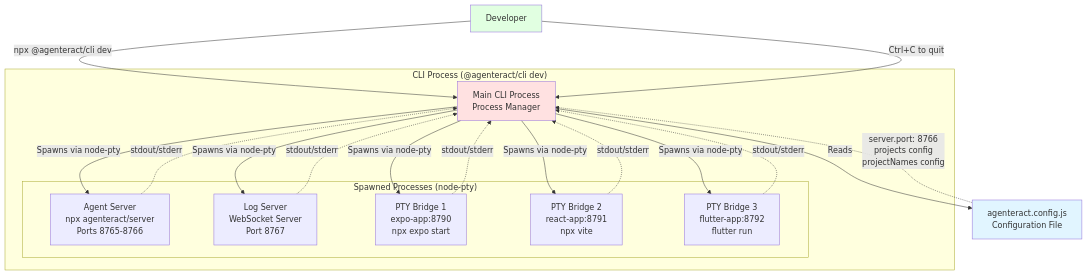
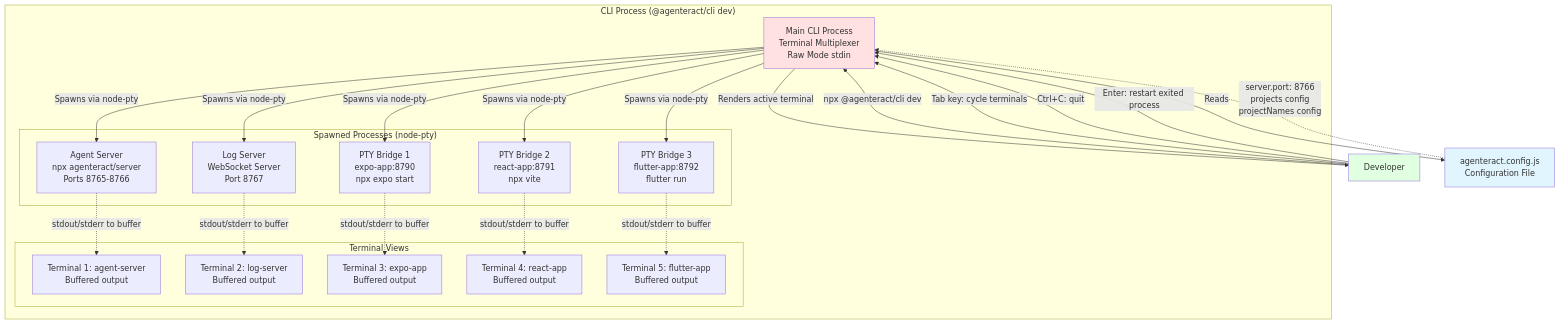
The fifth of 8 diagrams in docs/ARCHITECTURE.md (agenteract/agenteract), drawn with Mermaid before and after one commit. The commit also changed other lines of this file, not shown here.

Commit message:
docs: restore terminal multiplexer documentation with accurate implementation details
- Restore terminal multiplexer/tabbed interface documentation
- Clarify it's a custom implementation using raw mode stdin and ANSI escape codes
- Not using blessed library, but implements multiplexing functionality
- Document Tab key navigation, buffer management, and process restart features
- Add Terminal Views subgraph to CLI diagram
- Document keyboard controls: Tab (cycle), Ctrl+C (quit), Enter (restart)
- Restore Multiplexer Pattern in architectural patterns section

````diff
--- a/docs/ARCHITECTURE.md
+++ b/docs/ARCHITECTURE.md
@@ -354,40 +354,52 @@
 ```mermaid
 graph TB
     subgraph "CLI Process (@agenteract/cli dev)"
-        MAIN[Main CLI Process<br/>Process Manager]
+        MAIN[Main CLI Process<br/>Terminal Multiplexer<br/>Raw Mode stdin]
 
         subgraph "Spawned Processes (node-pty)"
             SERVER["Agent Server<br/>npx agenteract/server<br/>Ports 8765-8766"]
             LOG["Log Server<br/>WebSocket Server<br/>Port 8767"]
             PTY1[PTY Bridge 1<br/>expo-app:8790<br/>npx expo start]
             PTY2[PTY Bridge 2<br/>react-app:8791<br/>npx vite]
             PTY3[PTY Bridge 3<br/>flutter-app:8792<br/>flutter run]
+        end
+
+        subgraph "Terminal Views"
+            TAB1[Terminal 1: agent-server<br/>Buffered output]
+            TAB2[Terminal 2: log-server<br/>Buffered output]
+            TAB3[Terminal 3: expo-app<br/>Buffered output]
+            TAB4[Terminal 4: react-app<br/>Buffered output]
+            TAB5[Terminal 5: flutter-app<br/>Buffered output]
         end
     end
 
     USER[Developer]
     CONFIG[agenteract.config.js<br/>Configuration File]
 
     USER -->|npx @agenteract/cli dev| MAIN
     MAIN -->|Reads| CONFIG
 
     CONFIG -.->|server.port: 8766<br/>projects config<br/>projectNames config| MAIN
 
     MAIN -->|Spawns via node-pty| SERVER
     MAIN -->|Spawns via node-pty| LOG
     MAIN -->|Spawns via node-pty| PTY1
     MAIN -->|Spawns via node-pty| PTY2
     MAIN -->|Spawns via node-pty| PTY3
 
-    SERVER -.->|stdout/stderr| MAIN
-    LOG -.->|stdout/stderr| MAIN
-    PTY1 -.->|stdout/stderr| MAIN
-    PTY2 -.->|stdout/stderr| MAIN
-    PTY3 -.->|stdout/stderr| MAIN
+    SERVER -.->|stdout/stderr to buffer| TAB1
+    LOG -.->|stdout/stderr to buffer| TAB2
+    PTY1 -.->|stdout/stderr to buffer| TAB3
+    PTY2 -.->|stdout/stderr to buffer| TAB4
+    PTY3 -.->|stdout/stderr to buffer| TAB5
 
-    USER -->|Ctrl+C to quit| MAIN
+    MAIN -->|Renders active terminal| USER
+
+    USER -->|Tab key: cycle terminals| MAIN
+    USER -->|Ctrl+C: quit| MAIN
+    USER -->|Enter: restart exited process| MAIN
 
     style MAIN fill:#ffe1e1
     style CONFIG fill:#e1f5ff
     style USER fill:#e1ffe1
 ```
````
